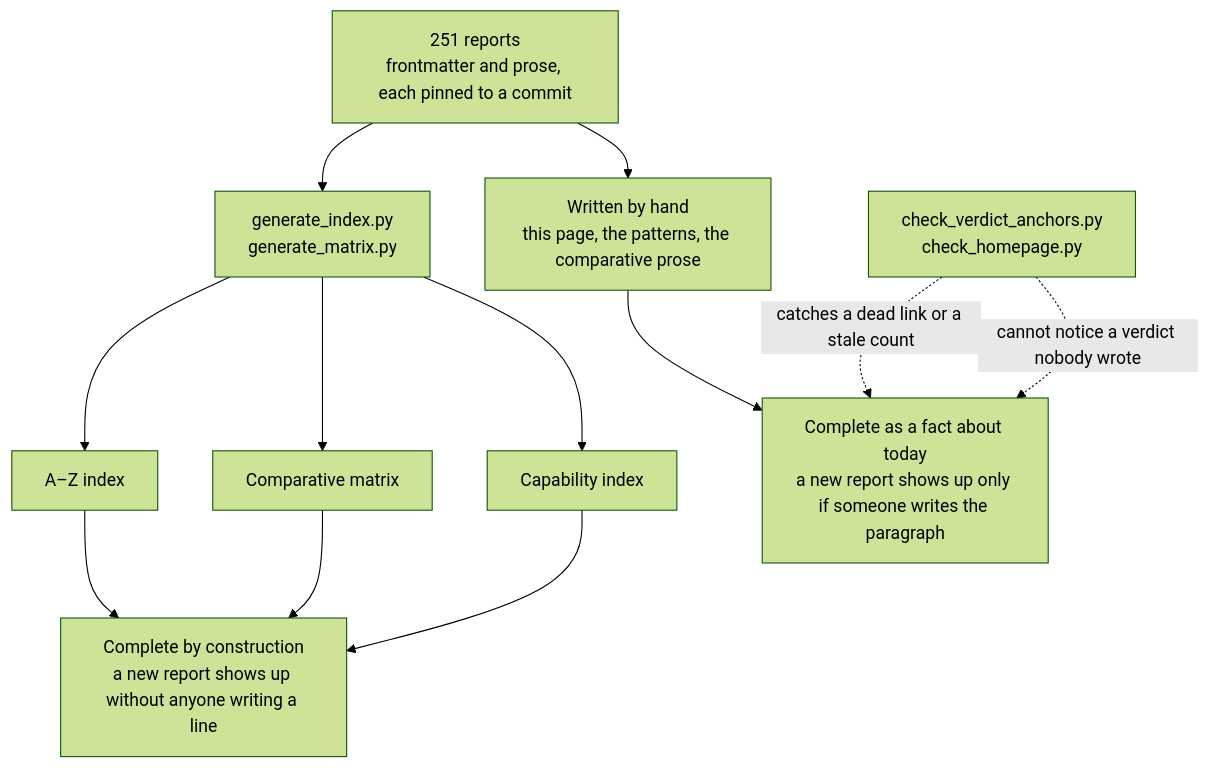
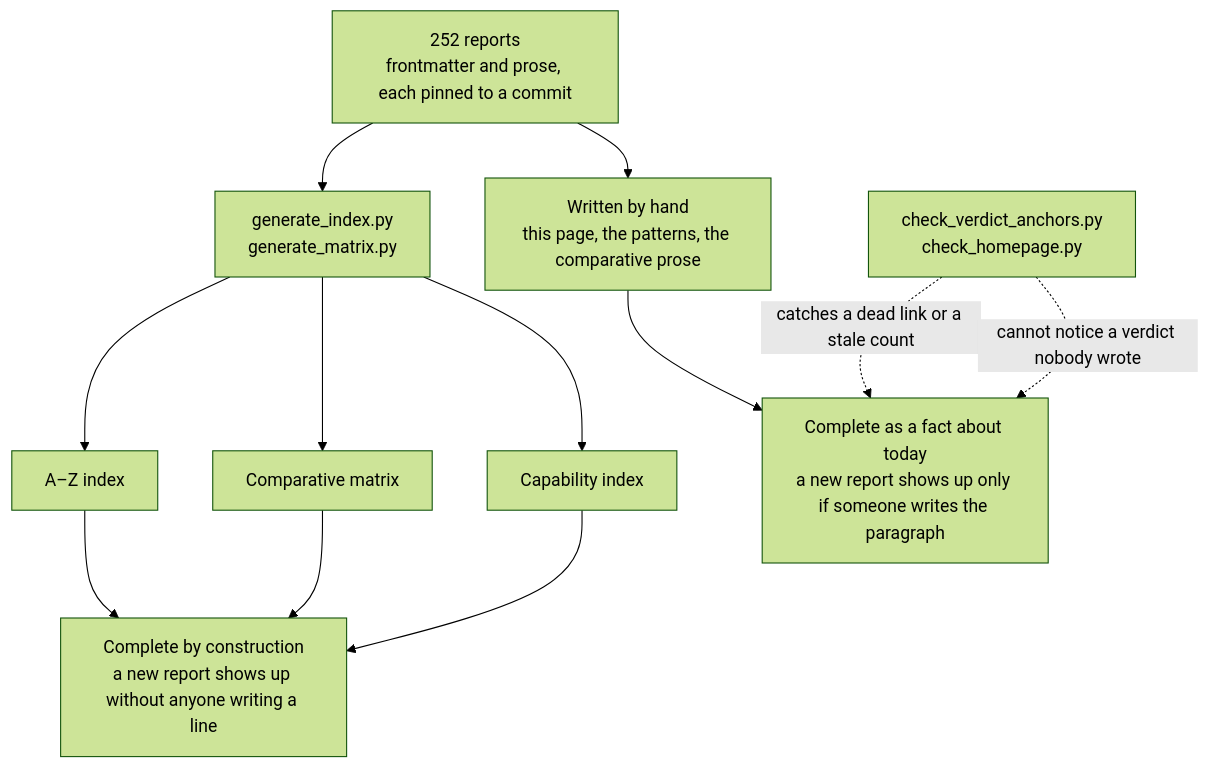
One commit to neoneye/agent-memory-atlas changed the diagram in content/verdicts.md. Above: the diagram before and after it, drawn with Mermaid (forest theme). The commit also changed other lines of this file and 22 other files, not shown here.

````diff
--- a/content/verdicts.md
+++ b/content/verdicts.md
@@ -40,15 +40,15 @@
 ```mermaid
 flowchart TD
-    R["251 reports<br/>frontmatter and prose, each pinned to a commit"]
+    R["252 reports<br/>frontmatter and prose, each pinned to a commit"]
     R --> GEN["generate_index.py<br/>generate_matrix.py"]
     R --> HAND["Written by hand<br/>this page, the patterns, the comparative prose"]
     GEN --> AZ["A–Z index"]
     GEN --> MX["Comparative matrix"]
     GEN --> CI["Capability index"]
     AZ --> CONST["Complete by construction<br/>a new report shows up without anyone writing a line"]
     MX --> CONST
     CI --> CONST
     HAND --> TODAY["Complete as a fact about today<br/>a new report shows up only if someone writes the paragraph"]
     CHK["check_verdict_anchors.py<br/>check_homepage.py"] -.->|"catches a dead link or a stale count"| TODAY
     CHK -.->|"cannot notice a verdict nobody wrote"| TODAY
 ```
````
